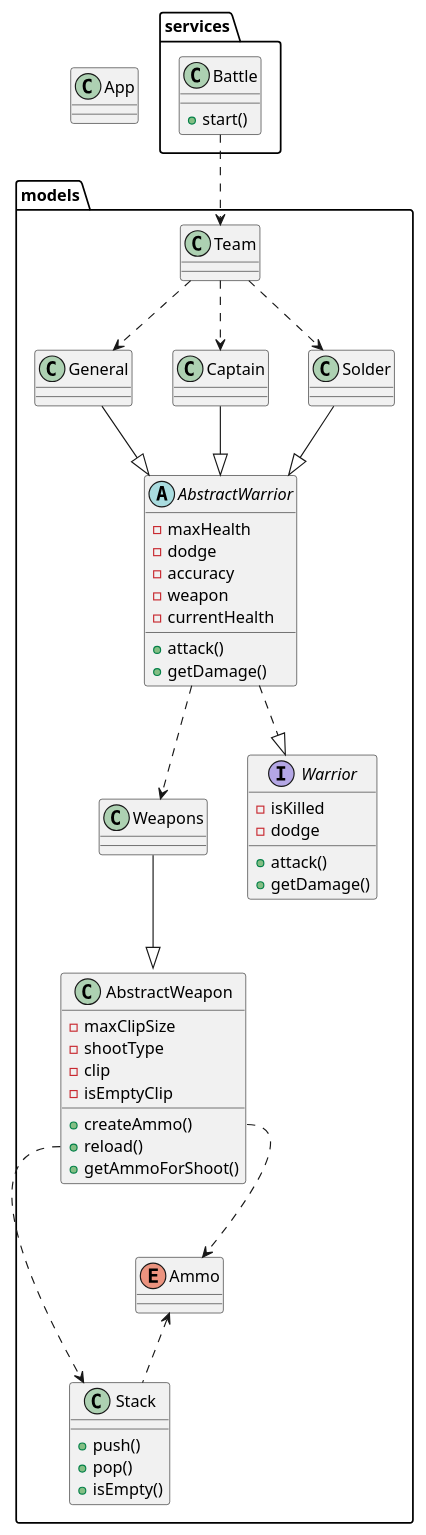
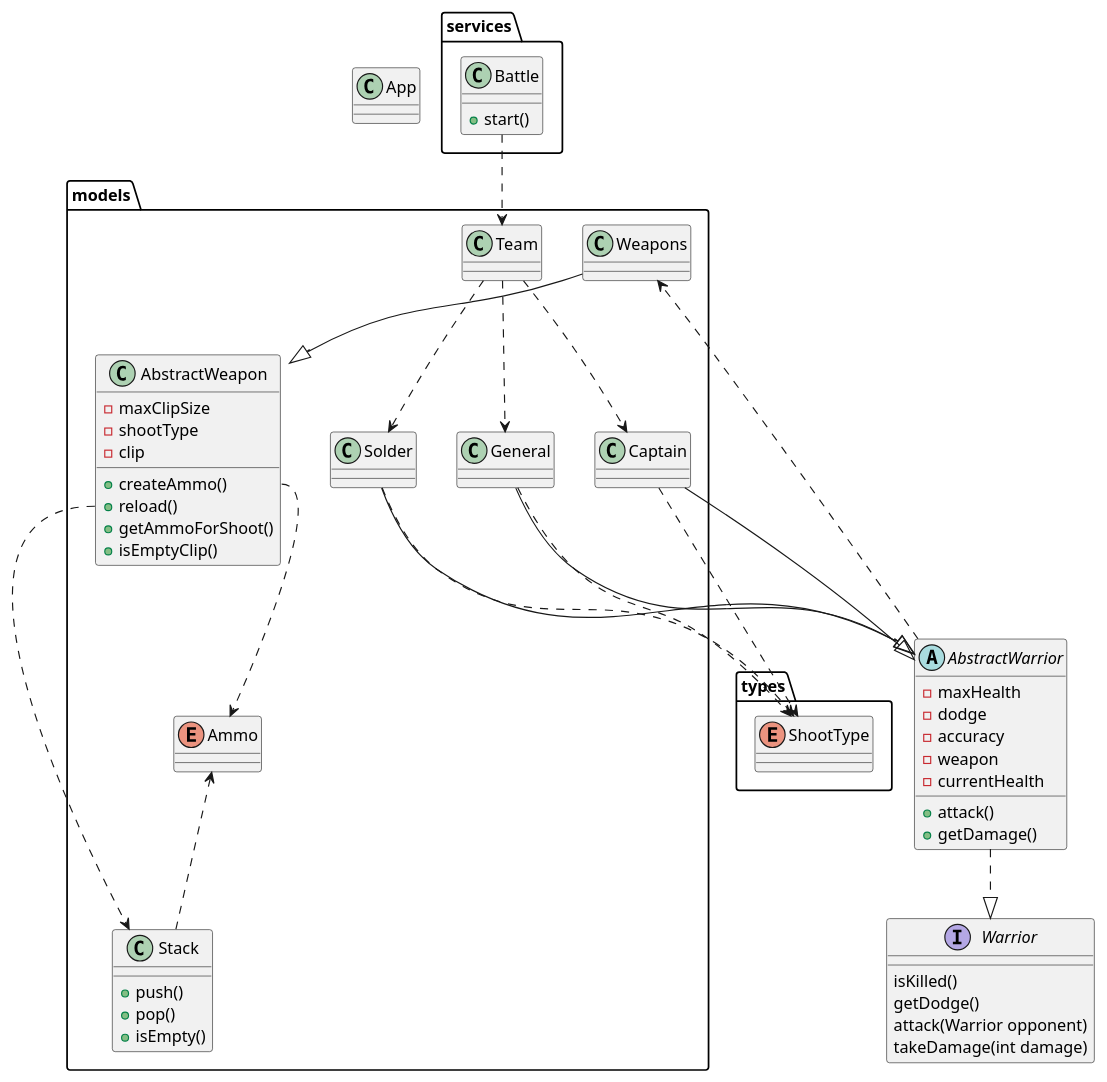
One commit to churchhellah/battle changed the diagram in README.md. Above: the diagram before and after it, drawn with PlantUML. The commit also changed other lines of this file, not shown here.

Commit message:
13-накинуть-абстракций Обновил диаграмму классов в README.md

````diff
--- a/README.md
+++ b/README.md
@@ -25,60 +26,66 @@
 ```plantuml
 @startuml
 package models {
     class Stack {
         +push()
         +pop()
         +isEmpty()
     }
     enum Ammo {}
     Ammo <.. Stack
     class AbstractWeapon {
         -maxClipSize
         -shootType
         -clip
-        -isEmptyClip
         +createAmmo()
         +reload()
         +getAmmoForShoot()
+        +isEmptyClip()
     }
     AbstractWeapon::createAmmo ..> Ammo
     AbstractWeapon::reload ..> Stack
     class Weapons {}
-    Weapons --|> AbstractWeapon
-    interface Warrior {
-        -isKilled
-        -dodge
-        +attack()
-        +getDamage()
-    }
-    abstract AbstractWarrior {
-        -maxHealth
-        -dodge
-        -accuracy
-        -weapon
-        -currentHealth
-        +attack()
-        +getDamage()
-    }
-    AbstractWarrior ..|> Warrior
-    AbstractWarrior ..> Weapons
     class General {}
-    General --|> AbstractWarrior
     class Captain {}
-    Captain --|> AbstractWarrior
     class Solder {}
-    Solder --|> AbstractWarrior
     class Team {}
     Team ..> General
     Team ..> Captain
     Team ..> Solder
 }
 package services {
     class Battle {
         +start()
     }
     Battle ..> Team
 }
+package types {
+    enum ShootType {}
+}
+General ..> ShootType
+Captain ..> ShootType
+Solder ..> ShootType
 class App {}
+abstract AbstractWarrior {
+        -maxHealth
+        -dodge
+        -accuracy
+        -weapon
+        -currentHealth
+        +attack()
+        +getDamage()
+    }
+    AbstractWarrior ..> Weapons
+interface Warrior {
+    isKilled()
+    getDodge()
+    attack(Warrior opponent)
+    takeDamage(int damage)
+}
+AbstractWarrior ..|> Warrior
+Weapons --|> AbstractWeapon
+General --|> AbstractWarrior
+Captain --|> AbstractWarrior
+Solder --|> AbstractWarrior
 @enduml
 ```
````
